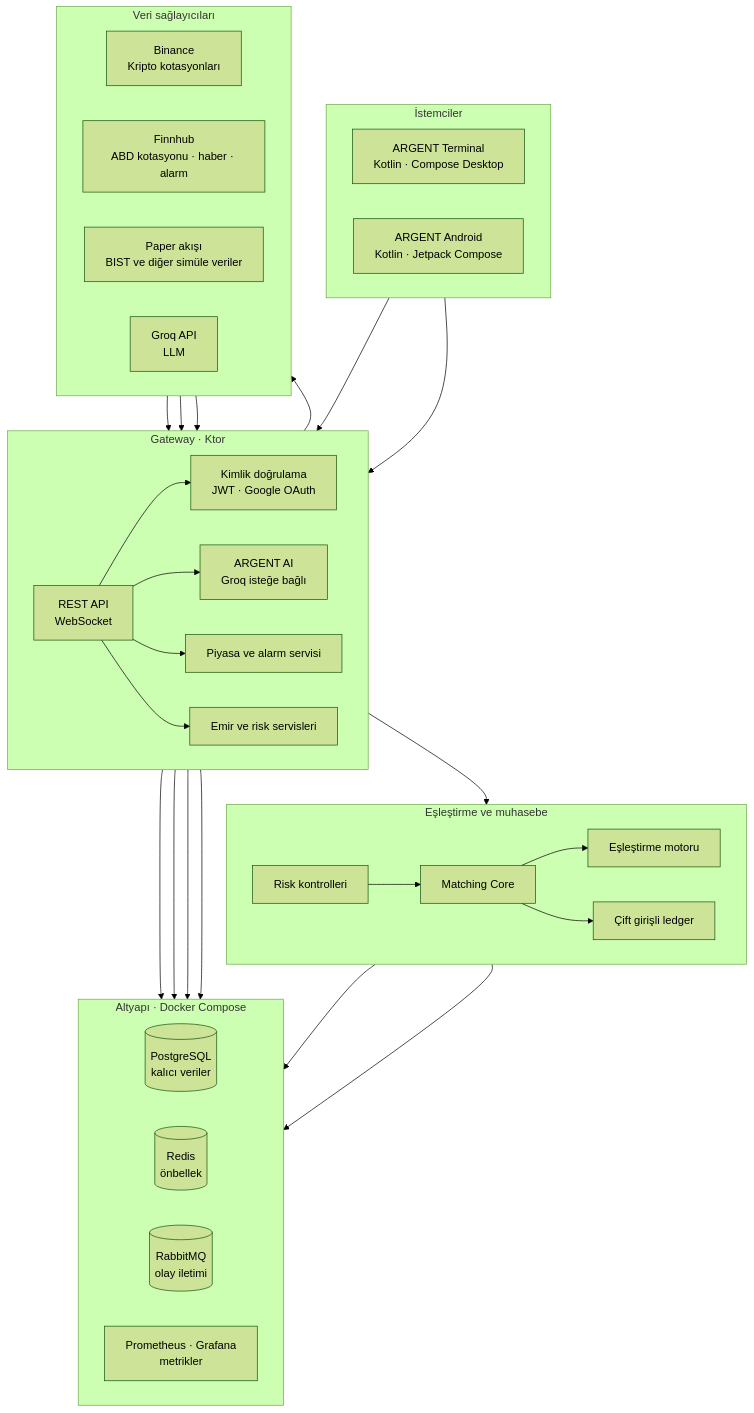
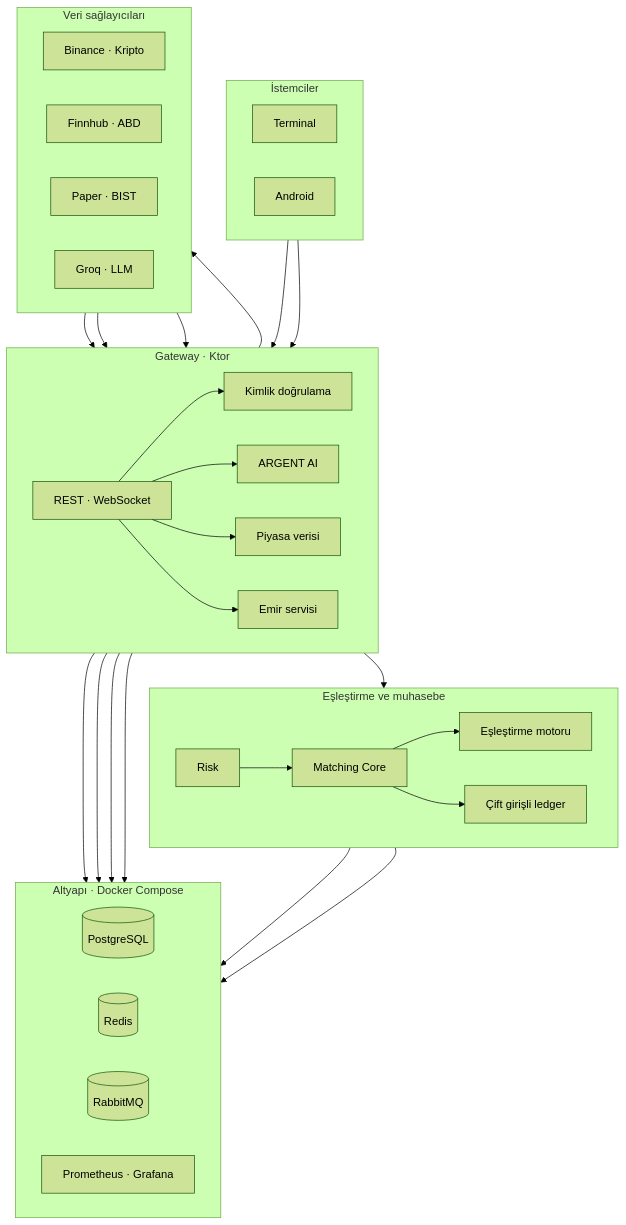
The diagram in README.md (nuranferhan/argent), drawn with Mermaid (forest theme) before and after one commit.

Commit message:
docs: fit labels in README architecture diagram

````diff
--- a/README.md
+++ b/README.md
@@ -11,62 +11,62 @@
 ```mermaid
 flowchart TB
     subgraph Clients[İstemciler]
         direction LR
-        Desktop[ARGENT Terminal<br/>Kotlin · Compose Desktop]
-        Android[ARGENT Android<br/>Kotlin · Jetpack Compose]
+        Desktop[Terminal]
+        Android[Android]
     end
 
     subgraph Gateway[Gateway · Ktor]
         direction LR
-        API[REST API<br/>WebSocket]
-        Auth[Kimlik doğrulama<br/>JWT · Google OAuth]
-        Assistant[ARGENT AI<br/>Groq isteğe bağlı]
-        Market[Piyasa ve alarm servisi]
-        Trading[Emir ve risk servisleri]
+        API[REST · WebSocket]
+        Auth[Kimlik doğrulama]
+        Assistant[ARGENT AI]
+        Market[Piyasa verisi]
+        Trading[Emir servisi]
     end
 
     subgraph Core[Eşleştirme ve muhasebe]
         direction LR
+        Risk[Risk]
         Matching[Matching Core]
-        Risk[Risk kontrolleri]
         Engine[Eşleştirme motoru]
         Ledger[Çift girişli ledger]
     end
 
     subgraph Providers[Veri sağlayıcıları]
         direction LR
-        Binance[Binance<br/>Kripto kotasyonları]
-        Finnhub[Finnhub<br/>ABD kotasyonu · haber · alarm]
-        Paper[Paper akışı<br/>BIST ve diğer simüle veriler]
-        Groq[Groq API<br/>LLM]
+        Binance[Binance · Kripto]
+        Finnhub[Finnhub · ABD]
+        Paper[Paper · BIST]
+        Groq[Groq · LLM]
     end
 
     subgraph Runtime[Altyapı · Docker Compose]
         direction LR
-        PostgreSQL[(PostgreSQL<br/>kalıcı veriler)]
-        Redis[(Redis<br/>önbellek)]
-        RabbitMQ[(RabbitMQ<br/>olay iletimi)]
-        Metrics[Prometheus · Grafana<br/>metrikler]
+        PostgreSQL[(PostgreSQL)]
+        Redis[(Redis)]
+        RabbitMQ[(RabbitMQ)]
+        Metrics[Prometheus · Grafana]
     end
 
     Desktop --> API
     Android --> API
     API --> Auth
     API --> Assistant
     API --> Market
     API --> Trading
     Assistant --> Groq
     Trading --> Risk
     Risk --> Matching
     Matching --> Engine
     Matching --> Ledger
     Binance --> Market
     Finnhub --> Market
     Paper --> Market
     Auth --> PostgreSQL
     Trading --> PostgreSQL
     Ledger --> PostgreSQL
     Market --> Redis
     Matching --> RabbitMQ
     API --> Metrics
 ```
````
